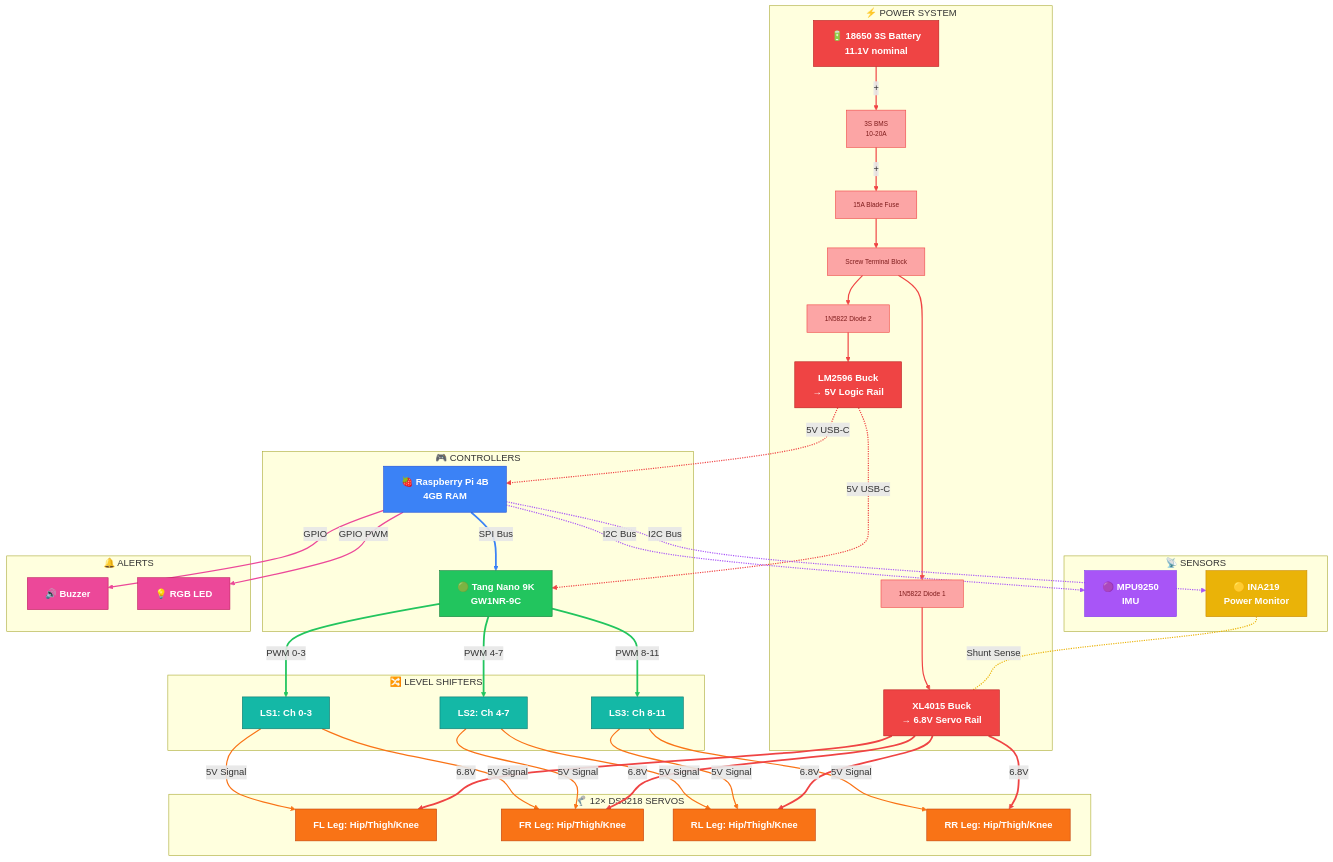
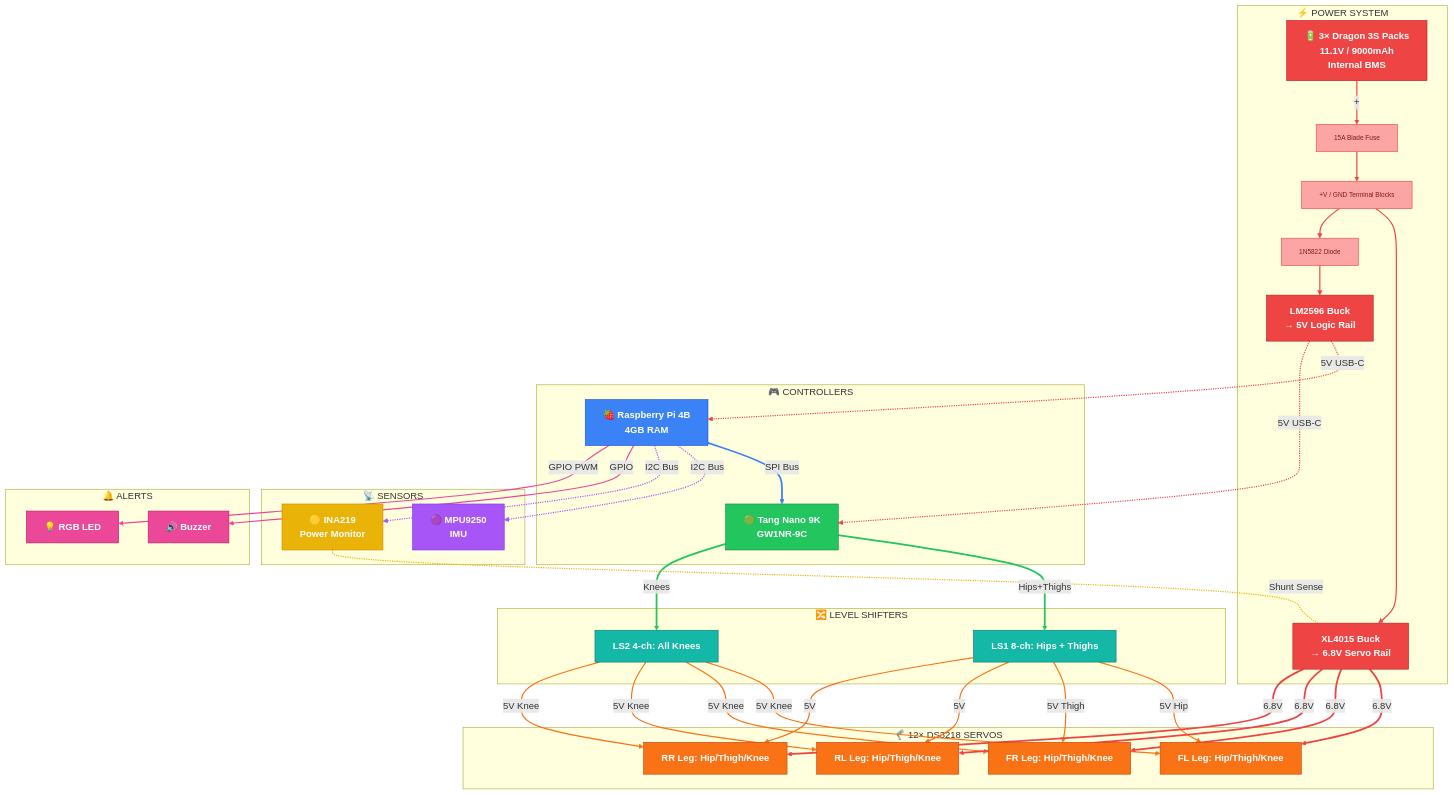
The diagram in control/docs/wiring_diagram.md (Major-Project-001/VIGIL-RQ), drawn with Mermaid before and after one commit. The commit also changed other lines of this file and 3 other files, not shown here.

Commit message:
docs: update all files for 8-ch + 4-ch level shifters, remove stale BMS/LS3 refs

````diff
--- a/control/docs/wiring_diagram.md
+++ b/control/docs/wiring_diagram.md
@@ -72,12 +72,10 @@
     classDef inaC fill:#eab308,stroke:#ca8a04,color:#fff,font-weight:bold
 
     subgraph POWER["⚡ POWER SYSTEM"]
-        BATT["🔋 18650 3S Battery<br/>11.1V nominal"]:::power
-        BMS["3S BMS<br/>10-20A"]:::powerPin
+        BATT["🔋 3× Dragon 3S Packs<br/>11.1V / 9000mAh<br/>Internal BMS"]:::power
         FUSE["15A Blade Fuse"]:::powerPin
-        TERM["Screw Terminal Block"]:::powerPin
-        D1["1N5822 Diode 1"]:::powerPin
-        D2["1N5822 Diode 2"]:::powerPin
+        TERM["+V / GND Terminal Blocks"]:::powerPin
+        D1["1N5822 Diode"]:::powerPin
         BUCK_S["XL4015 Buck<br/>→ 6.8V Servo Rail"]:::power
         BUCK_L["LM2596 Buck<br/>→ 5V Logic Rail"]:::power
     end
@@ -98,9 +96,8 @@
     end
 
     subgraph LS_ALL["🔀 LEVEL SHIFTERS"]
-        LS1_MAIN["LS1: Ch 0-3"]:::levelshift
-        LS2_MAIN["LS2: Ch 4-7"]:::levelshift
-        LS3_MAIN["LS3: Ch 8-11"]:::levelshift
+        LS1_MAIN["LS1 8-ch: Hips + Thighs"]:::levelshift
+        LS2_MAIN["LS2 4-ch: All Knees"]:::levelshift
     end
 
     subgraph SERVOS["🦿 12× DS3218 SERVOS"]
@@ -110,51 +107,50 @@
         S_RR["RR Leg: Hip/Thigh/Knee"]:::servo
     end
 
-    %% Power flow (links 0-8)
-    BATT -->|"+"| BMS
-    BMS -->|"+"| FUSE
+    %% Power flow (links 0-6)
+    BATT -->|"+"| FUSE
     FUSE --> TERM
+    TERM --> BUCK_S
     TERM --> D1
-    D1 --> BUCK_S
-    TERM --> D2
-    D2 --> BUCK_L
+    D1 --> BUCK_L
     BUCK_L -.->|"5V USB-C"| RPI
     BUCK_L -.->|"5V USB-C"| FPGA_MAIN
 
-    %% Communication (links 9-13)
+    %% Communication (links 7-11)
     RPI ==>|"SPI Bus"| FPGA_MAIN
     RPI -.->|"I2C Bus"| IMU_MAIN
     RPI -.->|"I2C Bus"| INA_MAIN
     RPI -->|"GPIO"| BUZ_MAIN
     RPI -->|"GPIO PWM"| RGB_MAIN
 
-    %% PWM routing (links 14-22)
-    FPGA_MAIN ==>|"PWM 0-3"| LS1_MAIN
-    FPGA_MAIN ==>|"PWM 4-7"| LS2_MAIN
-    FPGA_MAIN ==>|"PWM 8-11"| LS3_MAIN
-    LS1_MAIN -->|"5V Signal"| S_FL
-    LS1_MAIN -->|"5V Signal"| S_FR
-    LS2_MAIN -->|"5V Signal"| S_FR
-    LS2_MAIN -->|"5V Signal"| S_RL
-    LS3_MAIN -->|"5V Signal"| S_RL
-    LS3_MAIN -->|"5V Signal"| S_RR
+    %% PWM routing (links 12-19)
+    FPGA_MAIN ==>|"Hips+Thighs"| LS1_MAIN
+    FPGA_MAIN ==>|"Knees"| LS2_MAIN
+    LS1_MAIN -->|"5V Hip"| S_FL
+    LS1_MAIN -->|"5V Thigh"| S_FR
+    LS1_MAIN -->|"5V"| S_RL
+    LS1_MAIN -->|"5V"| S_RR
+    LS2_MAIN -->|"5V Knee"| S_FL
+    LS2_MAIN -->|"5V Knee"| S_FR
+    LS2_MAIN -->|"5V Knee"| S_RL
+    LS2_MAIN -->|"5V Knee"| S_RR
 
-    %% Servo power (links 23-26)
+    %% Servo power (links 22-25)
     BUCK_S ==>|"6.8V"| S_FL
     BUCK_S ==>|"6.8V"| S_FR
     BUCK_S ==>|"6.8V"| S_RL
     BUCK_S ==>|"6.8V"| S_RR
 
-    %% INA219 shunt (link 27)
+    %% INA219 shunt (link 26)
     INA_MAIN -.-|"Shunt Sense"| BUCK_S
 
-    linkStyle 0,1,2,3,4,5,6 stroke:#ef4444,stroke-width:2px
-    linkStyle 7,8 stroke:#ef4444,stroke-width:2px
-    linkStyle 9 stroke:#3b82f6,stroke-width:3px
-    linkStyle 10,11 stroke:#a855f7,stroke-width:2px
-    linkStyle 12,13 stroke:#ec4899,stroke-width:2px
-    linkStyle 14,15,16 stroke:#22c55e,stroke-width:3px
-    linkStyle 17,18,19,20,21,22 stroke:#f97316,stroke-width:2px
-    linkStyle 23,24,25,26 stroke:#ef4444,stroke-width:3px
-    linkStyle 27 stroke:#eab308,stroke-width:2px
+    linkStyle 0,1,2,3,4 stroke:#ef4444,stroke-width:2px
+    linkStyle 5,6 stroke:#ef4444,stroke-width:2px
+    linkStyle 7 stroke:#3b82f6,stroke-width:3px
+    linkStyle 8,9 stroke:#a855f7,stroke-width:2px
+    linkStyle 10,11 stroke:#ec4899,stroke-width:2px
+    linkStyle 12,13 stroke:#22c55e,stroke-width:3px
+    linkStyle 14,15,16,17,18,19,20,21 stroke:#f97316,stroke-width:2px
+    linkStyle 22,23,24,25 stroke:#ef4444,stroke-width:3px
+    linkStyle 26 stroke:#eab308,stroke-width:2px
 ```
````
